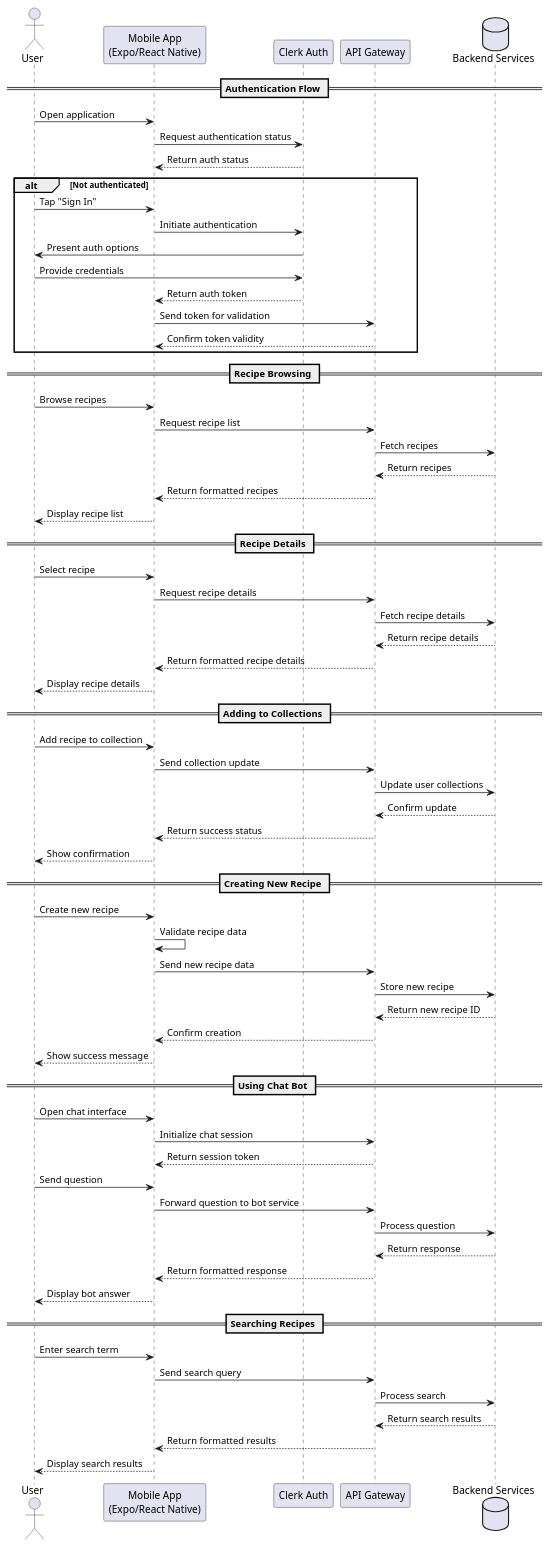
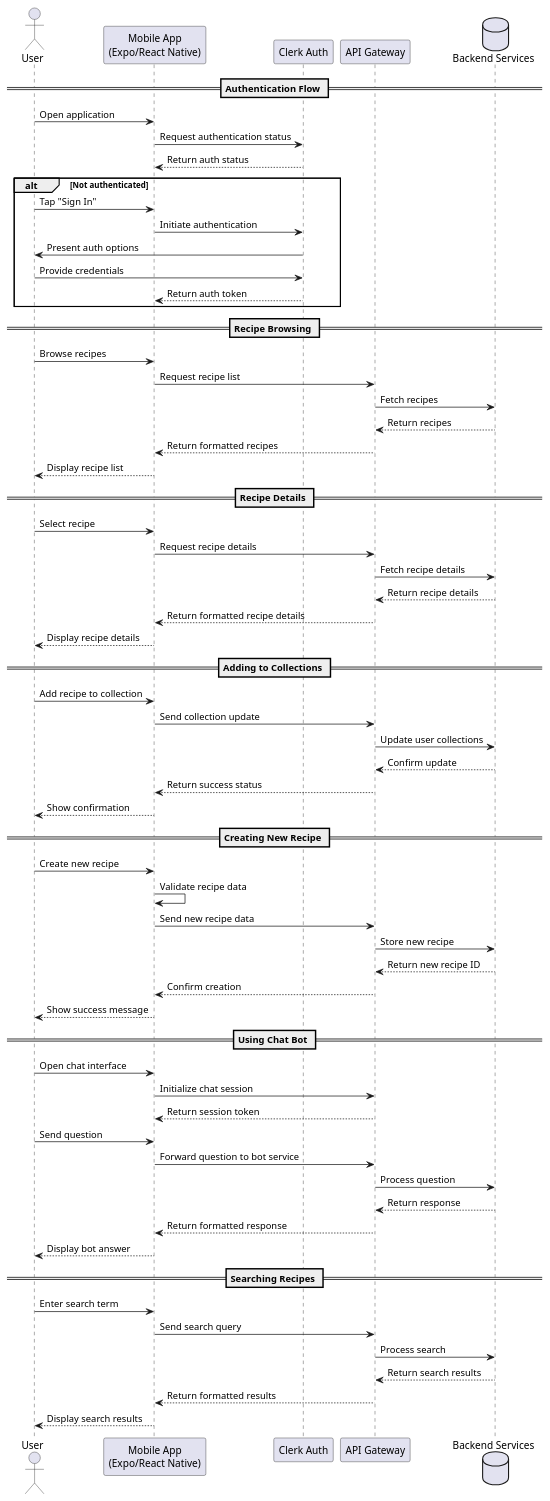
The diagram in docs/sequence.plantuml (Aler1x/cookapp-nativewind), drawn with PlantUML before and after one commit. The commit also changed 79 other files, not shown here.

```diff
--- a/docs/sequence.plantuml
+++ b/docs/sequence.plantuml
@@ -1,74 +1,72 @@
 @startuml
 actor User
 participant "Mobile App\n(Expo/React Native)" as App
 participant "Clerk Auth" as Clerk
 participant "API Gateway" as API
 database "Backend Services" as Backend
 
 == Authentication Flow ==
 User -> App: Open application
 App -> Clerk: Request authentication status
 Clerk --> App: Return auth status
 alt Not authenticated
     User -> App: Tap "Sign In"
     App -> Clerk: Initiate authentication
     Clerk -> User: Present auth options
     User -> Clerk: Provide credentials
     Clerk --> App: Return auth token
-    App -> API: Send token for validation
-    API --> App: Confirm token validity
 end
 
 == Recipe Browsing ==
 User -> App: Browse recipes
 App -> API: Request recipe list
 API -> Backend: Fetch recipes
 Backend --> API: Return recipes
 API --> App: Return formatted recipes
 App --> User: Display recipe list
 
 == Recipe Details ==
 User -> App: Select recipe
 App -> API: Request recipe details
 API -> Backend: Fetch recipe details
 Backend --> API: Return recipe details
 API --> App: Return formatted recipe details
 App --> User: Display recipe details
 
 == Adding to Collections ==
 User -> App: Add recipe to collection
 App -> API: Send collection update
 API -> Backend: Update user collections
 Backend --> API: Confirm update
 API --> App: Return success status
 App --> User: Show confirmation
 
 == Creating New Recipe ==
 User -> App: Create new recipe
 App -> App: Validate recipe data
 App -> API: Send new recipe data
 API -> Backend: Store new recipe
 Backend --> API: Return new recipe ID
 API --> App: Confirm creation
 App --> User: Show success message
 
 == Using Chat Bot ==
 User -> App: Open chat interface
 App -> API: Initialize chat session
 API --> App: Return session token
 User -> App: Send question
 App -> API: Forward question to bot service
 API -> Backend: Process question
 Backend --> API: Return response
 API --> App: Return formatted response
 App --> User: Display bot answer
 
 == Searching Recipes ==
 User -> App: Enter search term
 App -> API: Send search query
 API -> Backend: Process search
 Backend --> API: Return search results
 API --> App: Return formatted results
 App --> User: Display search results
 
 @enduml
```
